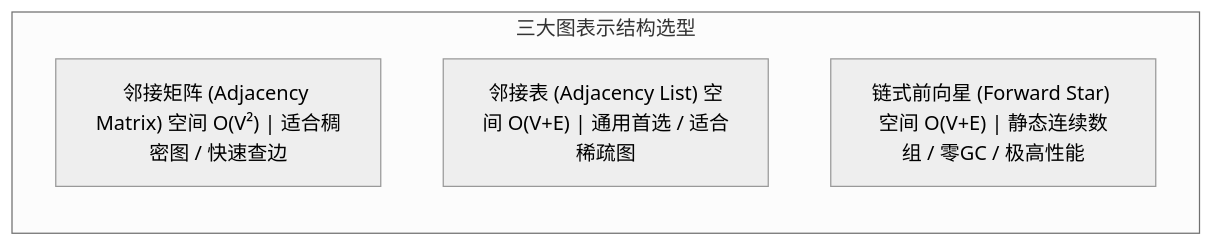
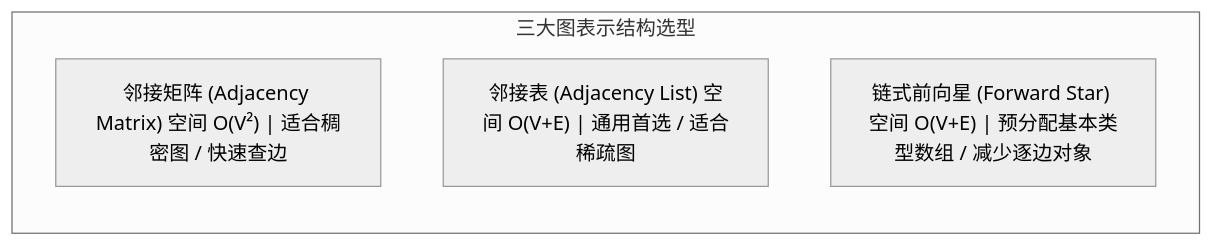
Before and after one commit to GuoWWWX/knowledge-base: the first of 3 diagrams in 30-算法与数据结构/01-数据结构/09-图的表示.md, drawn with Mermaid (neutral theme). The commit also changed other lines of this file and 48 other files, not shown here.

````diff
--- a/30-算法与数据结构/01-数据结构/09-图的表示.md
+++ b/30-算法与数据结构/01-数据结构/09-图的表示.md
@@ -19,9 +19,9 @@
 ```mermaid
 flowchart LR
     subgraph Structures ["三大图表示结构选型"]
         direction TB
         M["邻接矩阵 (Adjacency Matrix) 空间 O(V²) | 适合稠密图 / 快速查边"]
         L["邻接表 (Adjacency List) 空间 O(V+E) | 通用首选 / 适合稀疏图"]
-        F["链式前向星 (Forward Star) 空间 O(V+E) | 静态连续数组 / 零GC / 极高性能"]
+        F["链式前向星 (Forward Star) 空间 O(V+E) | 预分配基本类型数组 / 减少逐边对象"]
     end
 ```
````
